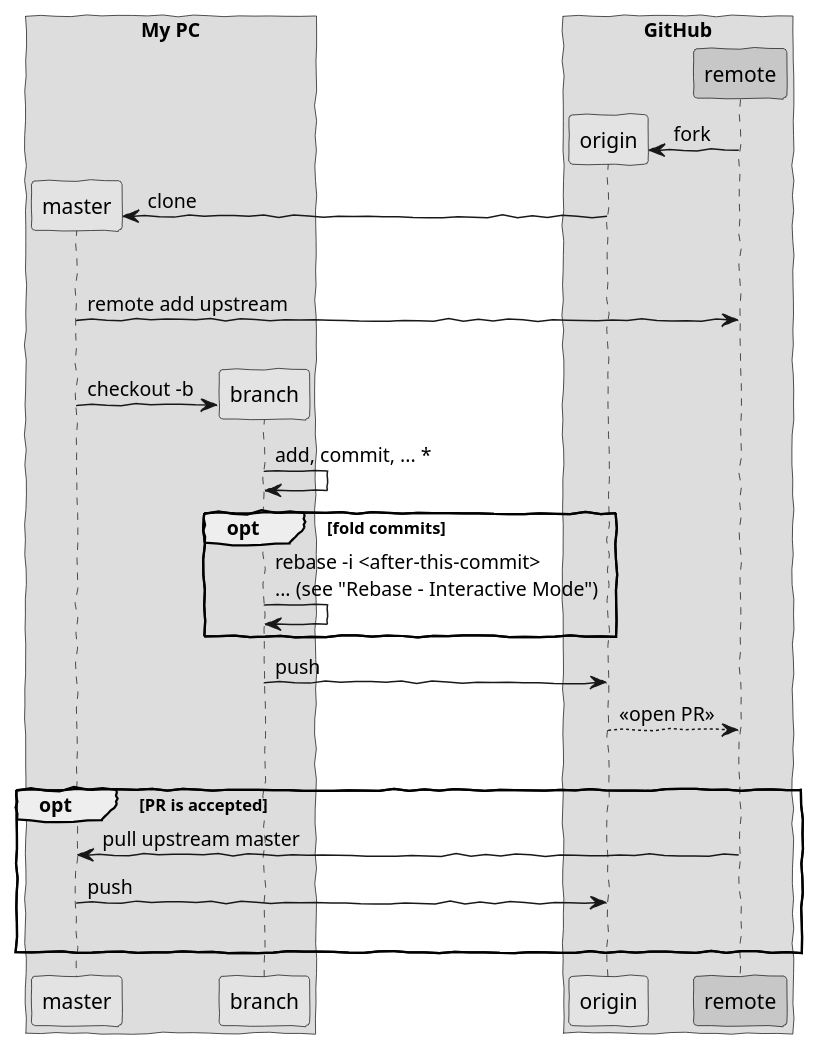
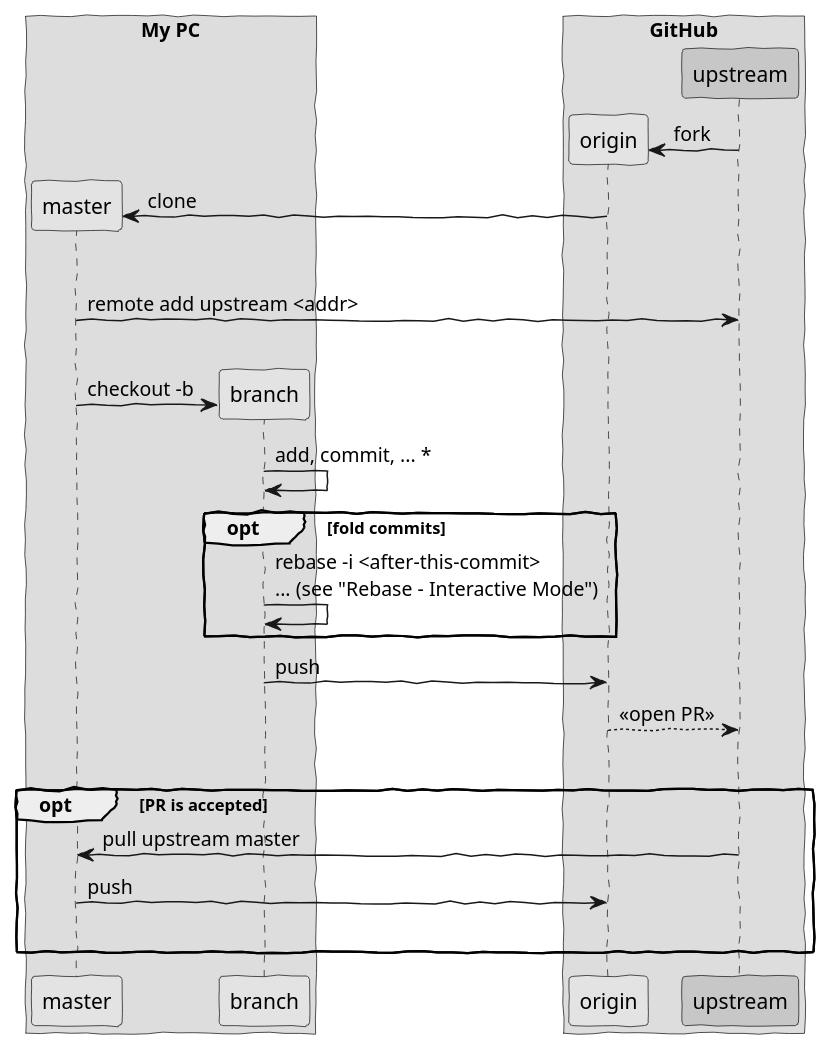
The diagram in misc/files/pull-request/pull-request.plantuml (gzuliani/gzuliani.github.io), drawn with PlantUML before and after one commit. The commit also changed 2 other files, not shown here.

Commit message:
pull-request: changed base repository name to 'upstream'

```diff
--- a/misc/files/pull-request/pull-request.plantuml
+++ b/misc/files/pull-request/pull-request.plantuml
@@ -1,38 +1,38 @@
 @startuml
 skinparam handwritten true
 skinparam monochrome true
 skinparam BoxPadding 32
 skinparam dpi 96
 
 
 box "My PC"
 participant master
 participant branch
 end box
 box "GitHub"
 participant origin
-participant remote #c0c0ff
+participant upstream #c0c0ff
 end box
 
 create origin
-remote -> origin: fork
+upstream -> origin: fork
 create master
 origin -> master: clone
 |||
-master -> remote: remote add upstream
+master -> upstream: remote add upstream <addr>
 |||
 create branch
 master -> branch : checkout -b
 branch -> branch: add, commit, ... *
 opt fold commits
     branch -> branch: rebase -i <after-this-commit>\n... (see "Rebase - Interactive Mode")
 end
 branch -> origin: push
-origin --> remote: <<open PR>>
+origin --> upstream: <<open PR>>
 |||
 opt PR is accepted
-    remote -> master: pull upstream master
+    upstream -> master: pull upstream master
     master -> origin: push
 |||
 end
 @enduml
```
